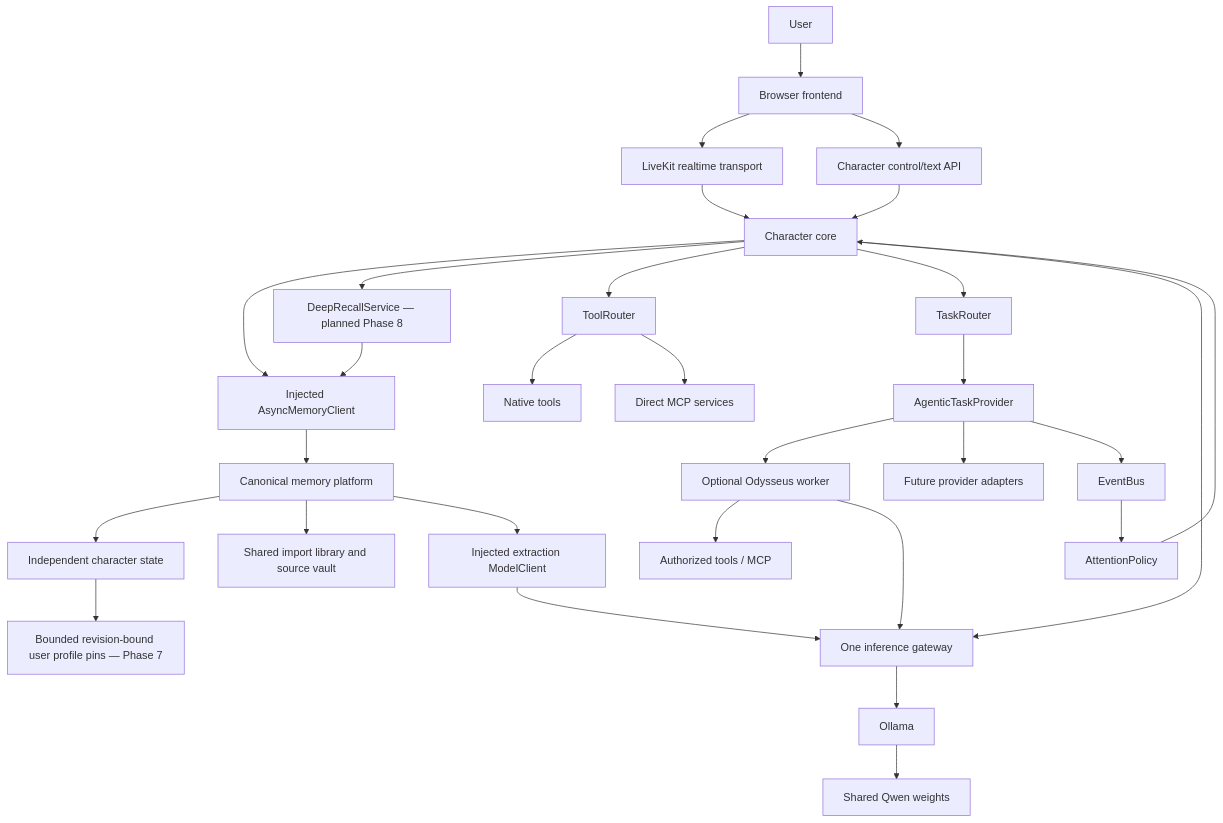
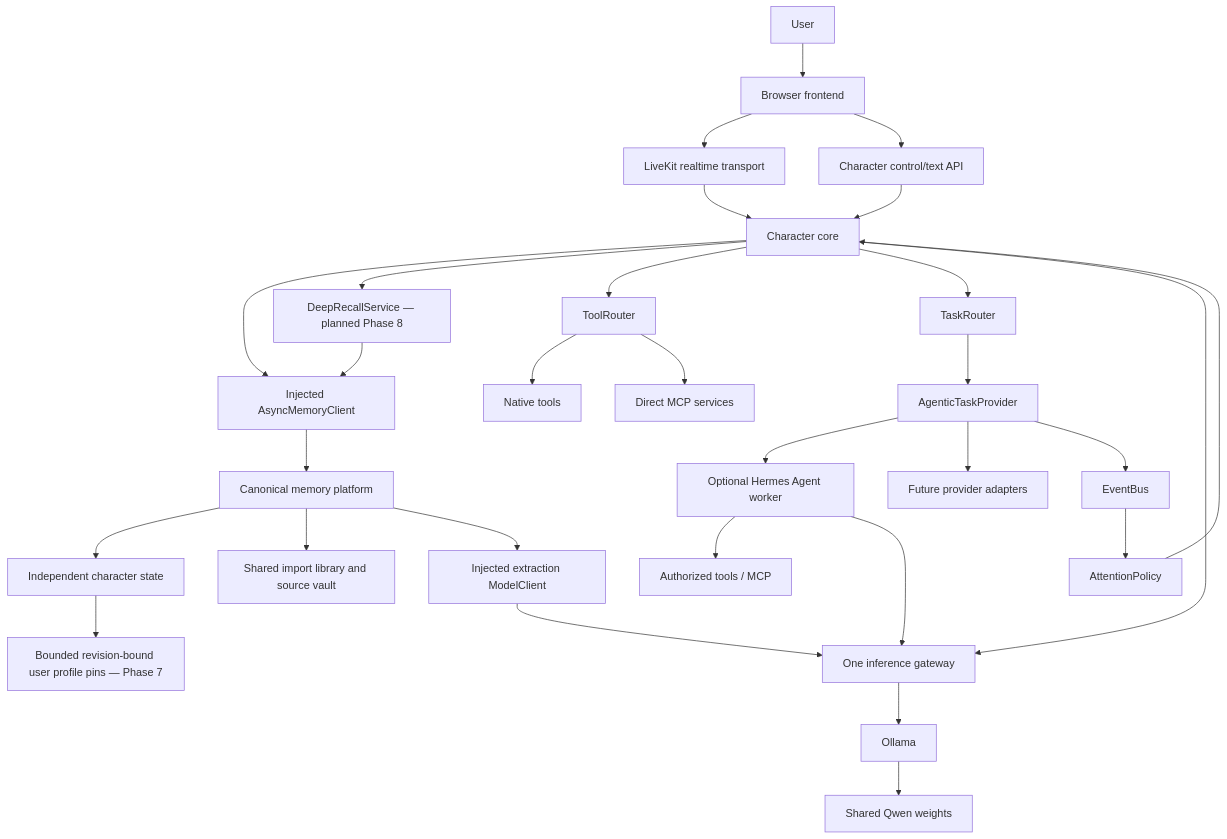
One commit to booinspace/ember changed the second of 4 diagrams in PLAN.md. Above: the diagram before and after it, drawn with Mermaid. The commit also changed other lines of this file and 8 other files, not shown here.

````diff
--- a/PLAN.md
+++ b/PLAN.md
@@ -112,37 +112,37 @@
 ```mermaid
 flowchart TD
     User["User"] --> Browser["Browser frontend"]
     Browser --> LiveKit["LiveKit realtime transport"]
     Browser --> API["Character control/text API"]
     LiveKit --> Core["Character core"]
     API --> Core
 
     Core --> MemoryClient["Injected AsyncMemoryClient"]
     Core --> DeepRecall["DeepRecallService — planned Phase 8"]
     DeepRecall --> MemoryClient
     MemoryClient --> Memory["Canonical memory platform"]
     Memory --> Private["Independent character state"]
     Private --> Profile["Bounded revision-bound user profile pins — Phase 7"]
     Memory --> Library["Shared import library and source vault"]
 
     Core --> Tools["ToolRouter"]
     Tools --> Native["Native tools"]
     Tools --> MCP["Direct MCP services"]
 
     Core --> Tasks["TaskRouter"]
     Tasks --> Provider["AgenticTaskProvider"]
-    Provider --> Odysseus["Optional Odysseus worker"]
+    Provider --> Hermes["Optional Hermes Agent worker"]
     Provider --> Future["Future provider adapters"]
 
-    Odysseus --> WorkerTools["Authorized tools / MCP"]
+    Hermes --> WorkerTools["Authorized tools / MCP"]
     Provider --> Events["EventBus"]
     Events --> Attention["AttentionPolicy"]
     Attention --> Core
 
     Core --> Gateway["One inference gateway"]
-    Odysseus --> Gateway
+    Hermes --> Gateway
     Memory --> ExtractionClient["Injected extraction ModelClient"]
     ExtractionClient --> Gateway
     Gateway --> Ollama["Ollama"]
     Ollama --> Qwen["Shared Qwen weights"]
 ```
````
